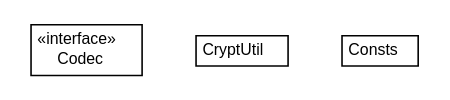
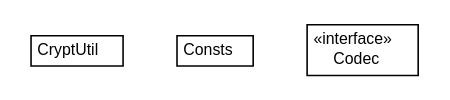
Before and after one commit to cstockloew/middleware: the diagram in mw.pom/apidocs/org/universAAL/middleware/connectors/communication/jgroups/util/org.universAAL.middleware.connectors.communication.jgroups.util.dot, drawn with Graphviz. The commit also changed 2056 other files, not shown here.

```diff
--- a/mw.pom/apidocs/org/universAAL/middleware/connectors/communication/jgroups/util/org.universAAL.middleware.connectors.communication.jgroups.util.dot
+++ b/mw.pom/apidocs/org/universAAL/middleware/connectors/communication/jgroups/util/org.universAAL.middleware.connectors.communication.jgroups.util.dot
@@ -1,31 +1,31 @@
 #!/usr/local/bin/dot
 #
 # Class diagram 
 # Generated by UMLGraph version R5_6-24-gf6e263 (http://www.umlgraph.org/)
 #
 
 digraph G {
 	edge [fontname="Helvetica",fontsize=10,labelfontname="Helvetica",labelfontsize=10];
 	node [fontname="Helvetica",fontsize=10,shape=plaintext];
 	nodesep=0.25;
 	ranksep=0.5;
+	// org.universAAL.middleware.connectors.communication.jgroups.util.CryptUtil
+	c30415 [label=<<table title="org.universAAL.middleware.connectors.communication.jgroups.util.CryptUtil" border="0" cellborder="1" cellspacing="0" cellpadding="2" port="p" href="./CryptUtil.html">
+		<tr><td><table border="0" cellspacing="0" cellpadding="1">
+<tr><td align="center" balign="center"> CryptUtil </td></tr>
+		</table></td></tr>
+		</table>>, URL="./CryptUtil.html", fontname="Helvetica", fontcolor="black", fontsize=10.0];
+	// org.universAAL.middleware.connectors.communication.jgroups.util.Consts
+	c30416 [label=<<table title="org.universAAL.middleware.connectors.communication.jgroups.util.Consts" border="0" cellborder="1" cellspacing="0" cellpadding="2" port="p" href="./Consts.html">
+		<tr><td><table border="0" cellspacing="0" cellpadding="1">
+<tr><td align="center" balign="center"> Consts </td></tr>
+		</table></td></tr>
+		</table>>, URL="./Consts.html", fontname="Helvetica", fontcolor="black", fontsize=10.0];
 	// org.universAAL.middleware.connectors.communication.jgroups.util.Codec
-	c30415 [label=<<table title="org.universAAL.middleware.connectors.communication.jgroups.util.Codec" border="0" cellborder="1" cellspacing="0" cellpadding="2" port="p" href="./Codec.html">
+	c30417 [label=<<table title="org.universAAL.middleware.connectors.communication.jgroups.util.Codec" border="0" cellborder="1" cellspacing="0" cellpadding="2" port="p" href="./Codec.html">
 		<tr><td><table border="0" cellspacing="0" cellpadding="1">
 <tr><td align="center" balign="center"> &#171;interface&#187; </td></tr>
 <tr><td align="center" balign="center"> Codec </td></tr>
 		</table></td></tr>
 		</table>>, URL="./Codec.html", fontname="Helvetica", fontcolor="black", fontsize=10.0];
-	// org.universAAL.middleware.connectors.communication.jgroups.util.CryptUtil
-	c30416 [label=<<table title="org.universAAL.middleware.connectors.communication.jgroups.util.CryptUtil" border="0" cellborder="1" cellspacing="0" cellpadding="2" port="p" href="./CryptUtil.html">
-		<tr><td><table border="0" cellspacing="0" cellpadding="1">
-<tr><td align="center" balign="center"> CryptUtil </td></tr>
-		</table></td></tr>
-		</table>>, URL="./CryptUtil.html", fontname="Helvetica", fontcolor="black", fontsize=10.0];
-	// org.universAAL.middleware.connectors.communication.jgroups.util.Consts
-	c30417 [label=<<table title="org.universAAL.middleware.connectors.communication.jgroups.util.Consts" border="0" cellborder="1" cellspacing="0" cellpadding="2" port="p" href="./Consts.html">
-		<tr><td><table border="0" cellspacing="0" cellpadding="1">
-<tr><td align="center" balign="center"> Consts </td></tr>
-		</table></td></tr>
-		</table>>, URL="./Consts.html", fontname="Helvetica", fontcolor="black", fontsize=10.0];
 }
```
